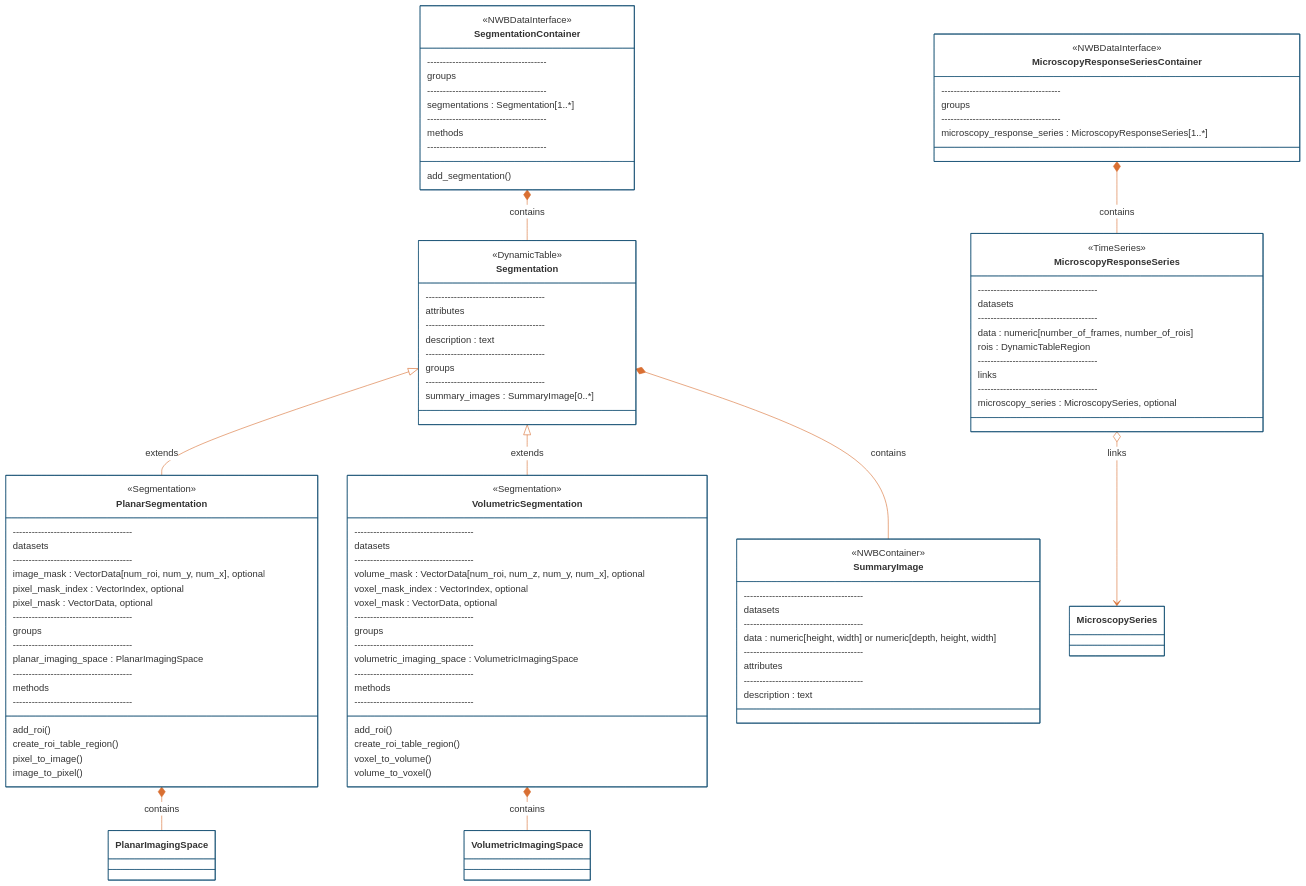
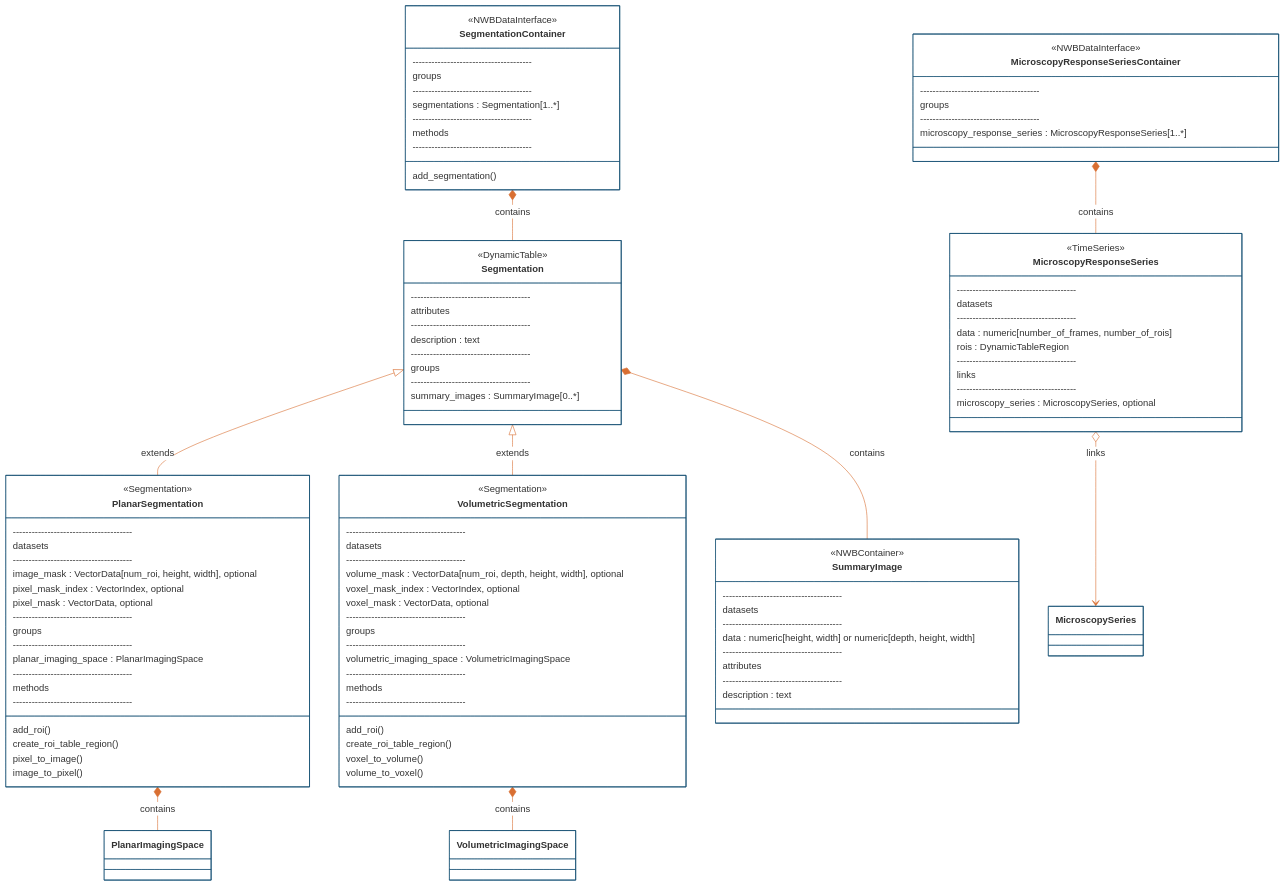
The fourth of 4 diagrams in README.md (catalystneuro/ndx-microscopy), drawn with Mermaid before and after one commit. The commit also changed 3 other files, not shown here.

Commit message:
Rename image_mask and volume_mask dims to height, width and depth

```diff
--- a/README.md
+++ b/README.md
@@ -491,7 +491,7 @@
         --------------------------------------
         datasets
         --------------------------------------
-        image_mask : VectorData[num_roi, num_y, num_x], optional
+        image_mask : VectorData[num_roi, height, width], optional
         pixel_mask_index : VectorIndex, optional
         pixel_mask : VectorData, optional
         --------------------------------------
@@ -512,7 +512,7 @@
         --------------------------------------
         datasets
         --------------------------------------
-        volume_mask : VectorData[num_roi, num_z, num_y, num_x], optional
+        volume_mask : VectorData[num_roi, depth, height, width], optional
         voxel_mask_index : VectorIndex, optional
         voxel_mask : VectorData, optional
         --------------------------------------
```
